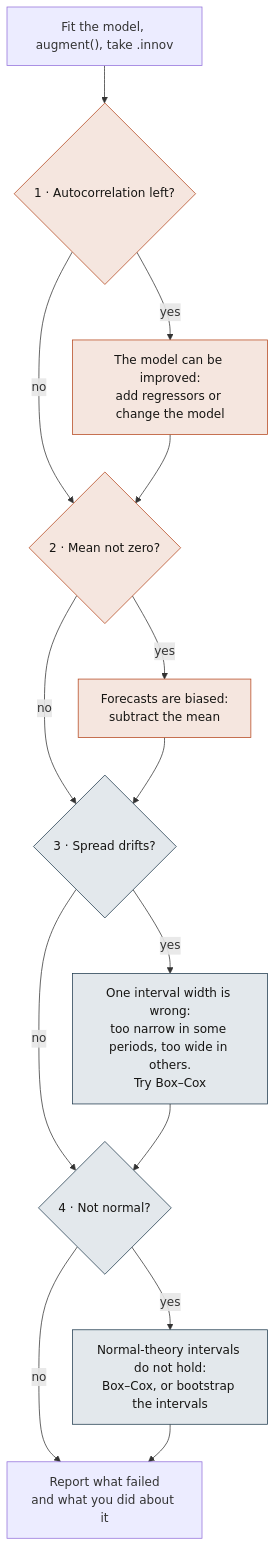
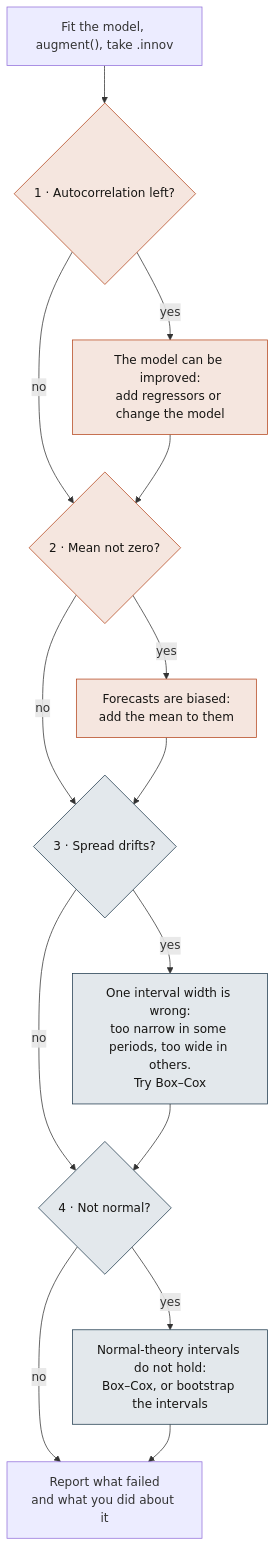
The diagram in sessions/09-residual-diagnostics/09_A_ResidualsDiagnostics_Summary.md (adiezieu/tsa-fpp3-2026), drawn with Mermaid before and after one commit. The commit also changed other lines of this file and 18 other files, not shown here.

````diff
--- a/sessions/09-residual-diagnostics/09_A_ResidualsDiagnostics_Summary.md
+++ b/sessions/09-residual-diagnostics/09_A_ResidualsDiagnostics_Summary.md
@@ -57,21 +58,21 @@
 ```mermaid
 flowchart TD
     S["Fit the model, augment(), take .innov"] --> P1{"1 · Autocorrelation left?"}
     P1 -- yes --> F1["The model can be improved:<br/>add regressors or change the model"]
     P1 -- no --> P2{"2 · Mean not zero?"}
     F1 --> P2
-    P2 -- yes --> F2["Forecasts are biased:<br/>subtract the mean"]
+    P2 -- yes --> F2["Forecasts are biased:<br/>add the mean to them"]
     P2 -- no --> P3{"3 · Spread drifts?"}
     F2 --> P3
     P3 -- yes --> F3["One interval width is wrong:<br/>too narrow in some periods, too wide in others.<br/>Try Box–Cox"]
     P3 -- no --> P4{"4 · Not normal?"}
     F3 --> P4
     P4 -- yes --> F4["Normal-theory intervals do not hold:<br/>Box–Cox, or bootstrap the intervals"]
     P4 -- no --> E["Report what failed<br/>and what you did about it"]
     F4 --> E
 
     classDef model fill:#F5E6DF,stroke:#B5471E,color:#161513
     classDef interval fill:#E3E8EC,stroke:#1F3A4D,color:#161513
     class P1,P2,F1,F2 model
     class P3,P4,F3,F4 interval
 ```
````
